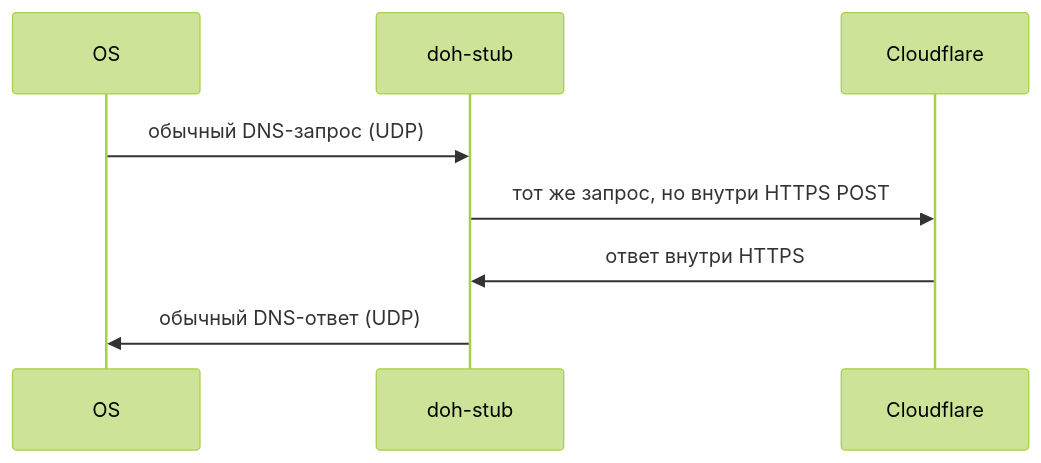
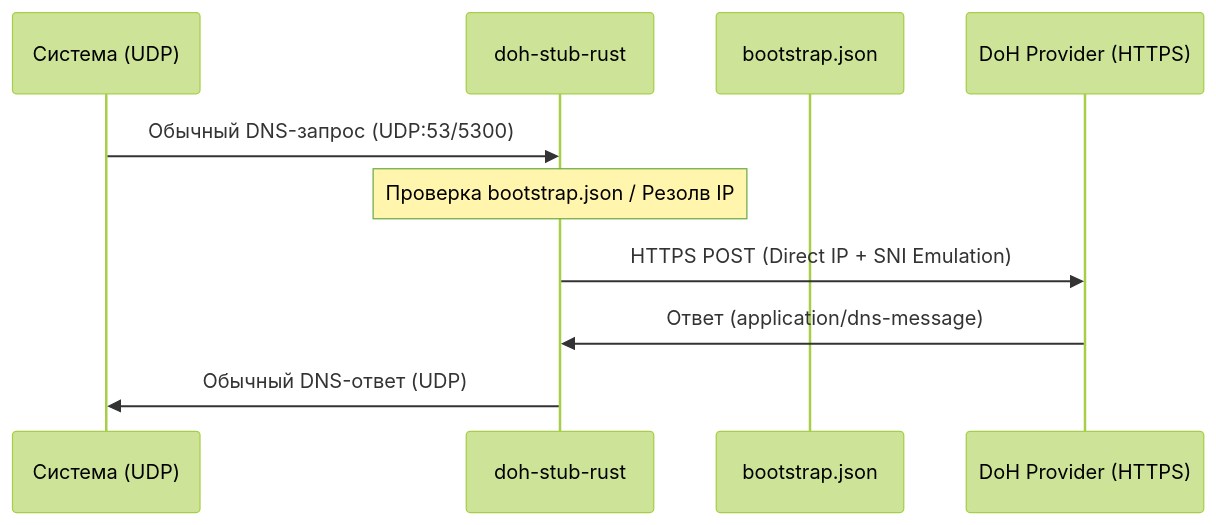
One commit to 3Radiance/doh-stub-rust changed the diagram in README.md. Above: the diagram before and after it, drawn with Mermaid (forest theme). The commit also changed other lines of this file and 1 other file, not shown here.

````diff
--- a/README.md
+++ b/README.md
@@ -8,7 +10,13 @@
 ```mermaid
 sequenceDiagram
-    OS->>doh-stub: обычный DNS-запрос (UDP)
-    doh-stub->>Cloudflare: тот же запрос, но внутри HTTPS POST
-    Cloudflare->>doh-stub: ответ внутри HTTPS
-    doh-stub->>OS: обычный DNS-ответ (UDP)
+    participant OS as Система (UDP)
+    participant Stub as doh-stub-rust
+    participant JSON as bootstrap.json
+    participant DoH as DoH Provider (HTTPS)
+
+    OS->>Stub: Обычный DNS-запрос (UDP:53/5300)
+    Note over Stub: Проверка bootstrap.json / Резолв IP
+    Stub->>DoH: HTTPS POST (Direct IP + SNI Emulation)
+    DoH->>Stub: Ответ (application/dns-message)
+    Stub->>OS: Обычный DNS-ответ (UDP)
 ```
````
